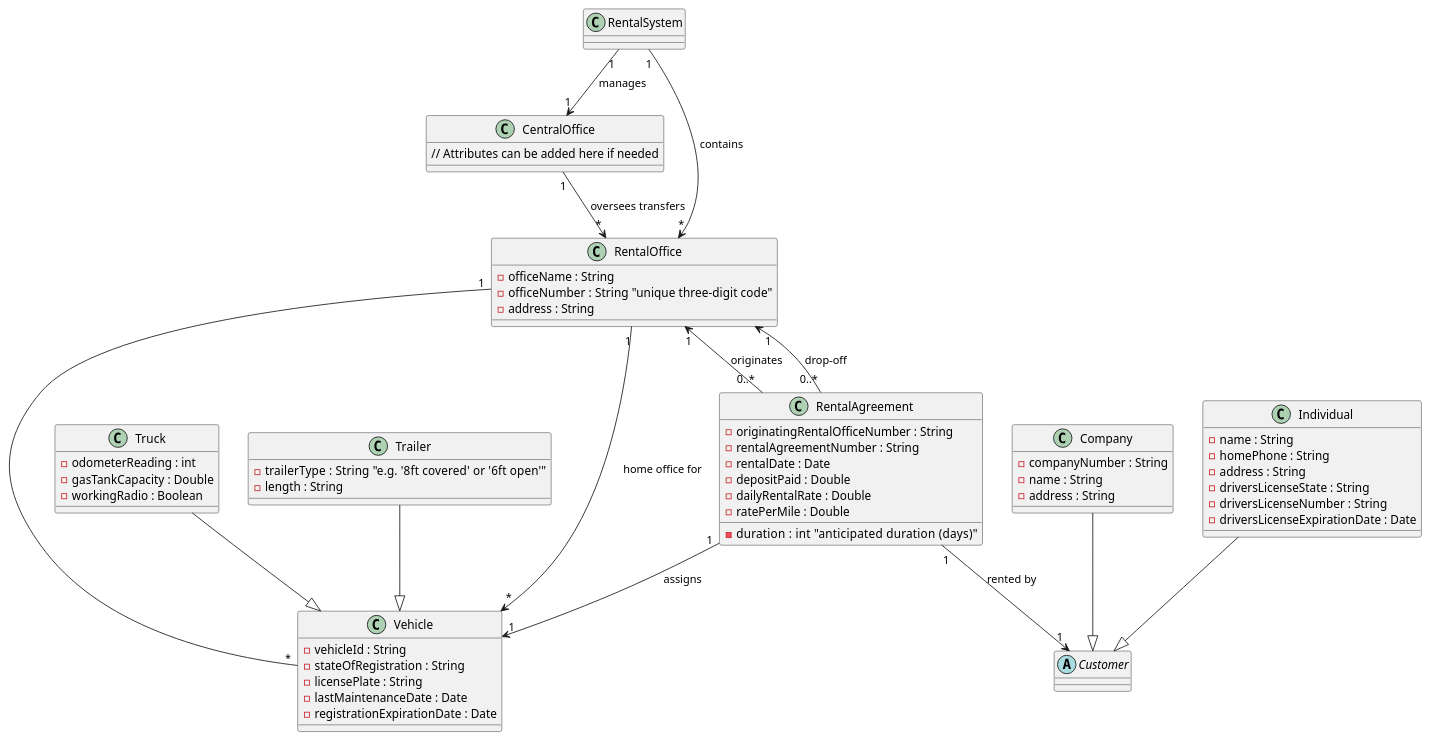
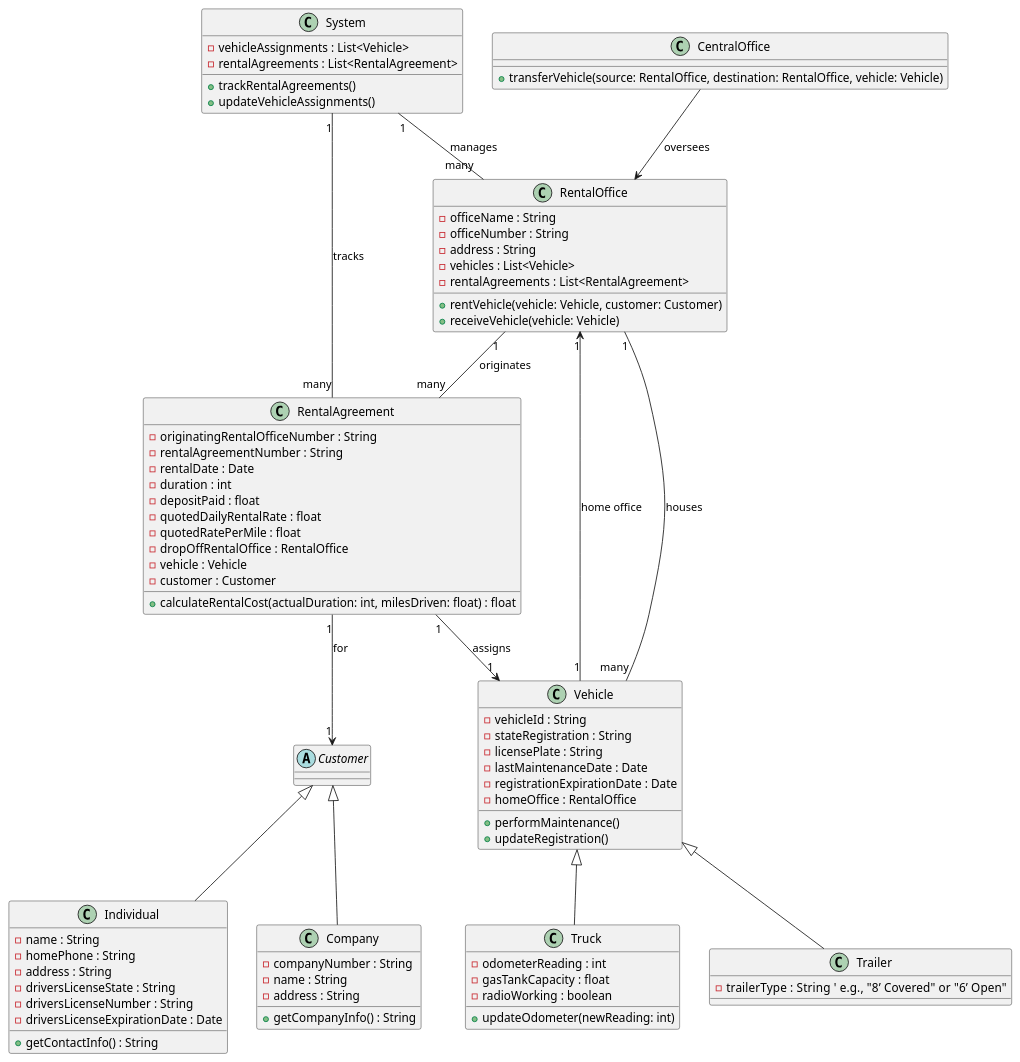
Before and after one commit to RayWP/pfsa-id: the diagram in survey/gen-r-ent-o3-mini/rental-truck-company_class_diagram.puml, drawn with PlantUML. The commit also changed 20 other files, not shown here.

```diff
--- a/survey/gen-r-ent-o3-mini/rental-truck-company_class_diagram.puml
+++ b/survey/gen-r-ent-o3-mini/rental-truck-company_class_diagram.puml
@@ -1,105 +1,122 @@
 @startuml
-' Define the main system class that holds all rental offices and the central office.
-class RentalSystem {
+' The overall system that manages rental offices, rental agreements and vehicle assignments
+class System {
+  - vehicleAssignments : List<Vehicle>
+  - rentalAgreements : List<RentalAgreement>
+  + trackRentalAgreements() 
+  + updateVehicleAssignments()
 }
 
-' The central office that oversees vehicle distribution
+' The central office that oversees vehicle distribution and transfers
 class CentralOffice {
-  // Attributes can be added here if needed
+  + transferVehicle(source: RentalOffice, destination: RentalOffice, vehicle: Vehicle)
 }
 
-' A rental office with its details
+' A rental office has a unique three-digit office number, a name and an address.
 class RentalOffice {
   - officeName : String
-  - officeNumber : String  "unique three-digit code"
+  - officeNumber : String
   - address : String
+  - vehicles : List<Vehicle>
+  - rentalAgreements : List<RentalAgreement>
+  + rentVehicle(vehicle: Vehicle, customer: Customer)
+  + receiveVehicle(vehicle: Vehicle)
 }
 
-' Base class for all vehicles
+' Base vehicle class representing all vehicles in stock. Each vehicle is assigned a unique id,
+' state of registration, license plate, last maintenance date and registration expiration date.
 class Vehicle {
   - vehicleId : String
-  - stateOfRegistration : String
+  - stateRegistration : String
   - licensePlate : String
   - lastMaintenanceDate : Date
   - registrationExpirationDate : Date
+  - homeOffice : RentalOffice
+  + performMaintenance()
+  + updateRegistration()
 }
 
-' Trucks are a kind of vehicle with extra attributes.
-class Truck {
+' Truck is a subclass of Vehicle.
+' Trucks have additional attributes: current odometer reading, gas tank capacity
+' and status of working radio.
+class Truck extends Vehicle {
   - odometerReading : int
-  - gasTankCapacity : Double
-  - workingRadio : Boolean
+  - gasTankCapacity : float
+  - radioWorking : boolean
+  + updateOdometer(newReading: int)
 }
-Truck --|> Vehicle
 
-' Trailers are a kind of vehicle.
-class Trailer {
-  - trailerType : String   "e.g. '8ft covered' or '6ft open'"
-  - length : String
+' Trailer is a subclass of Vehicle.
+' The type of trailer can be distinguished by a type attribute.
+class Trailer extends Vehicle {
+  - trailerType : String   ' e.g., "8’ Covered" or "6’ Open"
 }
-Trailer --|> Vehicle
 
-' Abstract customer class
+' RentalAgreement represents a rental transaction for a single vehicle.
+' It records the originating office number, rental agreement number, rental date, duration,
+' drop-off rental office, deposit paid, quoted daily rental rate and quoted rate per mile.
+' Each rental agreement is associated with one vehicle and one customer (individual or company).
+class RentalAgreement {
+  - originatingRentalOfficeNumber : String
+  - rentalAgreementNumber : String
+  - rentalDate : Date
+  - duration : int
+  - depositPaid : float
+  - quotedDailyRentalRate : float
+  - quotedRatePerMile : float
+  - dropOffRentalOffice : RentalOffice
+  - vehicle : Vehicle
+  - customer : Customer
+  + calculateRentalCost(actualDuration: int, milesDriven: float) : float
+}
+
+' An abstract Customer class that is extended by Individual and Company.
 abstract class Customer {
 }
 
-' Individual customers with personal information 
-class Individual {
+' Individual customers have a name, home phone, address and driver’s license details.
+class Individual extends Customer {
   - name : String
   - homePhone : String
   - address : String
   - driversLicenseState : String
   - driversLicenseNumber : String
   - driversLicenseExpirationDate : Date
+  + getContactInfo() : String
 }
-Individual --|> Customer
 
-' Companies as customers
-class Company {
+' For company customers we record a company number, name and address.
+class Company extends Customer {
   - companyNumber : String
   - name : String
   - address : String
-}
-Company --|> Customer
-
-' A rental agreement for each vehicle rental
-class RentalAgreement {
-  - originatingRentalOfficeNumber : String
-  - rentalAgreementNumber : String
-  - rentalDate : Date
-  - duration : int    "anticipated duration (days)"
-  - depositPaid : Double
-  - dailyRentalRate : Double
-  - ratePerMile : Double
+  + getCompanyInfo() : String
 }
 
-' ------------------
-' Associations / Relationships
-' ------------------
+' Associations
 
-' RentalSystem aggregates the offices and has a central office.
-RentalSystem "1" --> "1" CentralOffice : manages
-RentalSystem "1" --> "*" RentalOffice : contains
+' The system manages many rental offices.
+System "1" -- "many" RentalOffice : manages
 
-' Each RentalOffice is the home office for many Vehicles.
-RentalOffice "1" --> "*" Vehicle : "home office for"
-' (alternatively, each Vehicle is based out of one RentalOffice)
-Vehicle "*" -- "1" RentalOffice
+' The system tracks many rental agreements.
+System "1" -- "many" RentalAgreement : tracks
 
-' Rental agreements are created by a rental office.
-' A RentalAgreement is associated with two offices: originating and drop-off.
-RentalOffice "1" <-- "0..*" RentalAgreement : originates
-RentalOffice "1" <-- "0..*" RentalAgreement : "drop-off"
+' Each rental office houses many vehicles.
+RentalOffice "1" -- "many" Vehicle : houses
 
-' Each RentalAgreement is for one Vehicle.
-RentalAgreement "1" --> "1" Vehicle : "assigns"
+' Each rental office originates many rental agreements.
+RentalOffice "1" -- "many" RentalAgreement : originates
 
-' Each RentalAgreement is with a single Customer (either individual or company).
-RentalAgreement "1" --> "1" Customer : "rented by"
+' Each rental agreement is for exactly one vehicle.
+RentalAgreement "1" --> "1" Vehicle : assigns
 
-' Note: The Customer relationship is implemented via inheritance in Individual and Company.
+' Each rental agreement involves exactly one customer (individual or company).
+RentalAgreement "1" --> "1" Customer : for
 
-' CentralOffice directs transfers among RentalOffices.
-CentralOffice "1" --> "*" RentalOffice : "oversees transfers"
+' Each vehicle is based out of exactly one home office (a RentalOffice).
+Vehicle "1" --> "1" RentalOffice : "home office"
+
+' The Central Office oversees vehicle distribution among Rental Offices.
+CentralOffice --> RentalOffice : oversees
 
 @enduml
```
